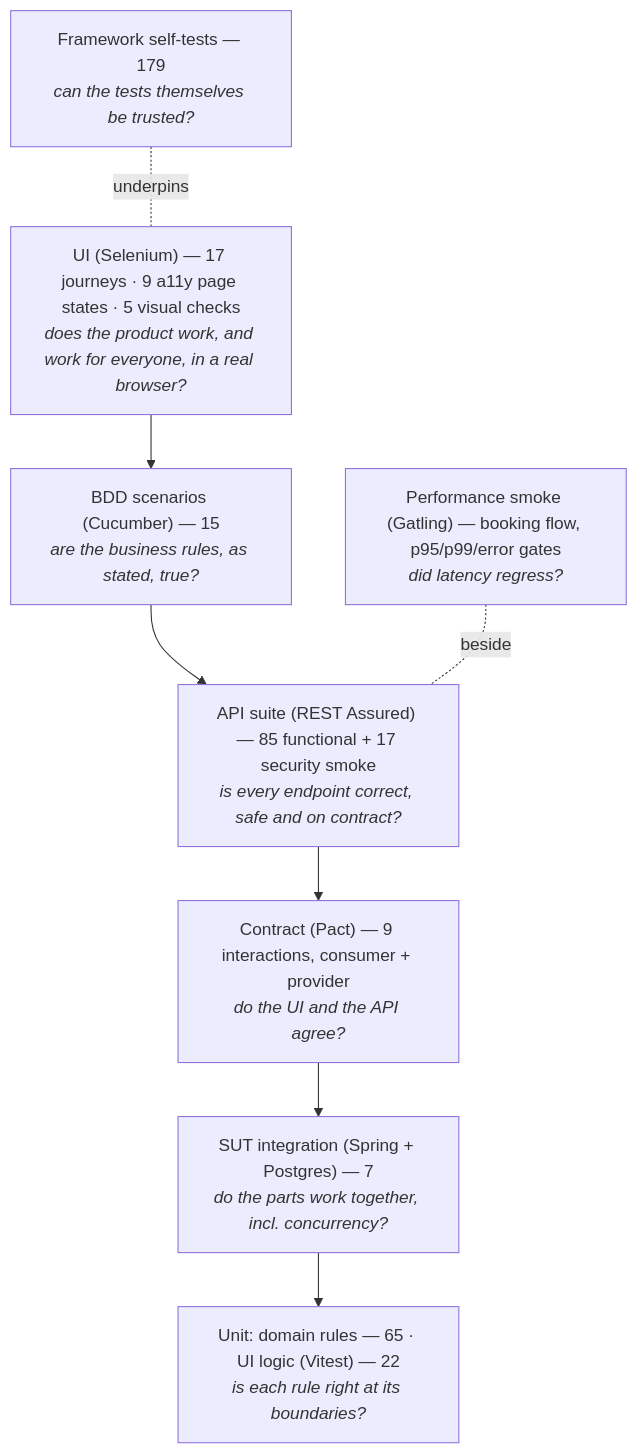
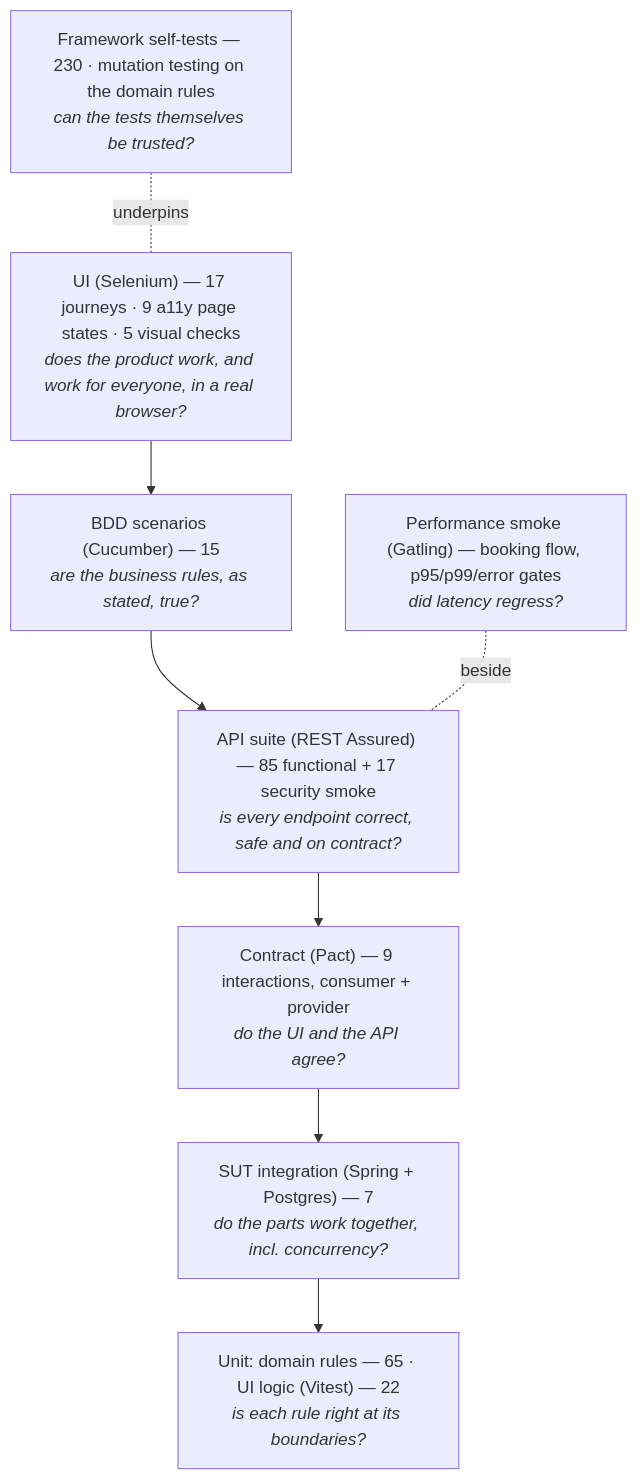
One commit to RaktimChandra/TestHarness changed the diagram in TEST_STRATEGY.md. Above: the diagram before and after it, drawn with Mermaid. The commit also changed other lines of this file, not shown here.

````diff
--- a/TEST_STRATEGY.md
+++ b/TEST_STRATEGY.md
@@ -8,14 +8,14 @@
 ```mermaid
 flowchart TB
   A["UI (Selenium) — 17 journeys · 9 a11y page states · 5 visual checks<br/><i>does the product work, and work for everyone, in a real browser?</i>"]
   B["BDD scenarios (Cucumber) — 15<br/><i>are the business rules, as stated, true?</i>"]
   C["API suite (REST Assured) — 85 functional + 17 security smoke<br/><i>is every endpoint correct, safe and on contract?</i>"]
   P["Contract (Pact) — 9 interactions, consumer + provider<br/><i>do the UI and the API agree?</i>"]
   D["SUT integration (Spring + Postgres) — 7<br/><i>do the parts work together, incl. concurrency?</i>"]
   E["Unit: domain rules — 65 · UI logic (Vitest) — 22<br/><i>is each rule right at its boundaries?</i>"]
-  F["Framework self-tests — 179<br/><i>can the tests themselves be trusted?</i>"]
+  F["Framework self-tests — 230 · mutation testing on the domain rules<br/><i>can the tests themselves be trusted?</i>"]
   G["Performance smoke (Gatling) — booking flow, p95/p99/error gates<br/><i>did latency regress?</i>"]
   A --> B --> C --> P --> D --> E
   F -.underpins.- A
   G -.beside.- C
 ```
````
